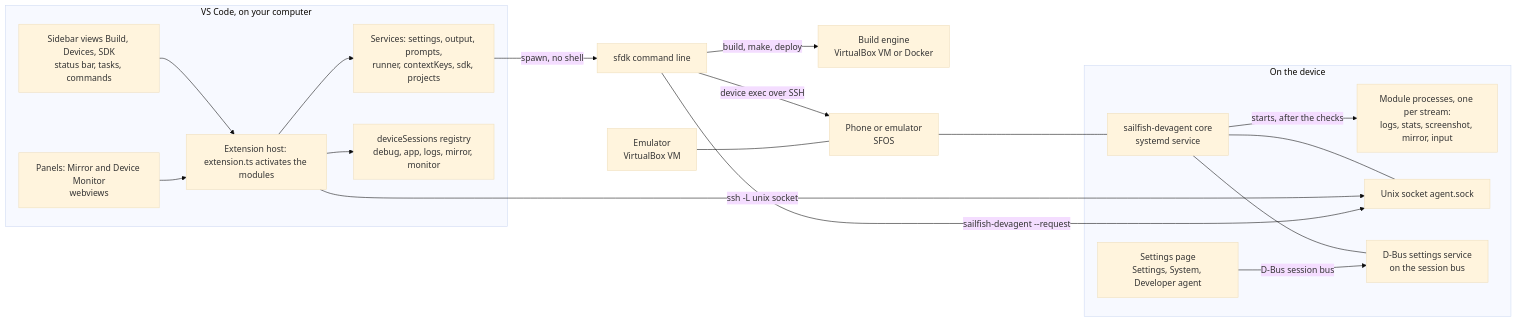
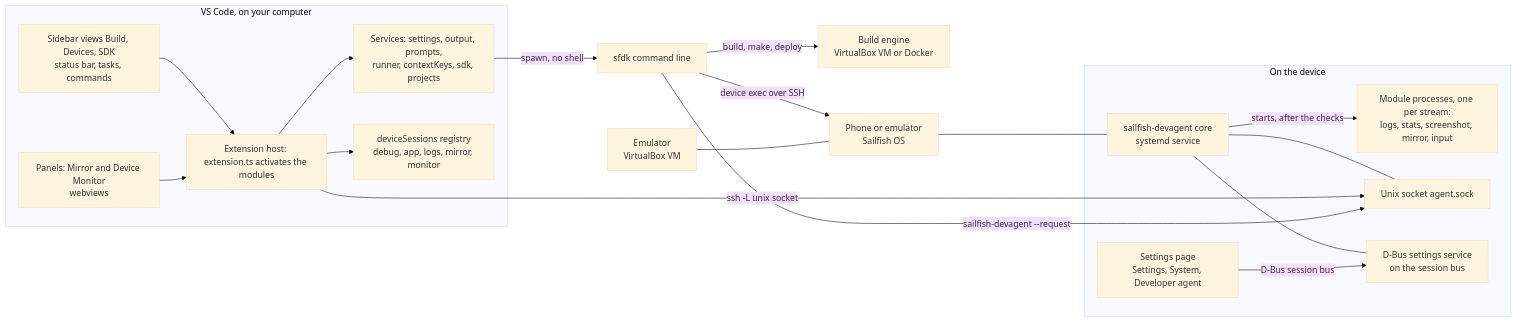
The first of 4 diagrams in docs/architecture.md (minhdangphuoc/sardina), drawn with Mermaid (base theme) before and after one commit. The commit also changed other lines of this file and 42 other files, not shown here.

````diff
--- a/docs/architecture.md
+++ b/docs/architecture.md
@@ -9,36 +9,36 @@
 ```mermaid
 flowchart LR
   subgraph VSC["VS Code, on your computer"]
     UI["Sidebar views Build, Devices, SDK<br/>status bar, tasks, commands"]
     PAN["Panels: Mirror and Device Monitor<br/>webviews"]
     EXT["Extension host: extension.ts activates the modules"]
     SVC["Services: settings, output, prompts,<br/>runner, contextKeys, sdk, projects"]
     REG["deviceSessions registry<br/>debug, app, logs, mirror, monitor"]
   end
   CLI["sfdk command line"]
   ENG["Build engine<br/>VirtualBox VM or Docker"]
   EMU["Emulator<br/>VirtualBox VM"]
-  DEV["Phone or emulator<br/>SFOS"]
+  DEV["Phone or emulator<br/>Sailfish OS"]
   subgraph ONDEV["On the device"]
     AG["sailfish-devagent core<br/>systemd service"]
     MOD["Module processes, one per stream:<br/>logs, stats, screenshot, mirror, input"]
     SOCK["Unix socket agent.sock"]
     DBUS["D-Bus settings service<br/>on the session bus"]
     SET["Settings page<br/>Settings, System, Developer agent"]
   end
   UI --> EXT
   PAN --> EXT
   EXT --> SVC
   EXT --> REG
   SVC -->|"spawn, no shell"| CLI
   CLI -->|"build, make, deploy"| ENG
   CLI -->|"device exec over SSH"| DEV
   EMU --- DEV
   DEV --- AG
   AG --- SOCK
   AG -->|"starts, after the checks"| MOD
   EXT -->|"ssh -L unix socket"| SOCK
   CLI -->|"sailfish-devagent --request"| SOCK
   AG --- DBUS
   SET -->|"D-Bus session bus"| DBUS
 ```
````
